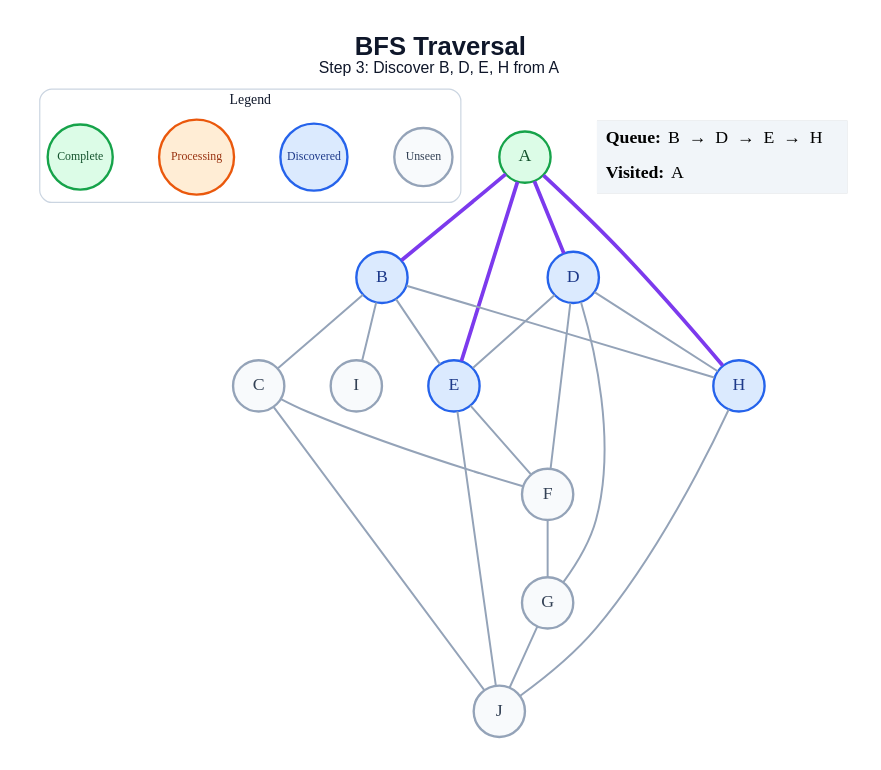
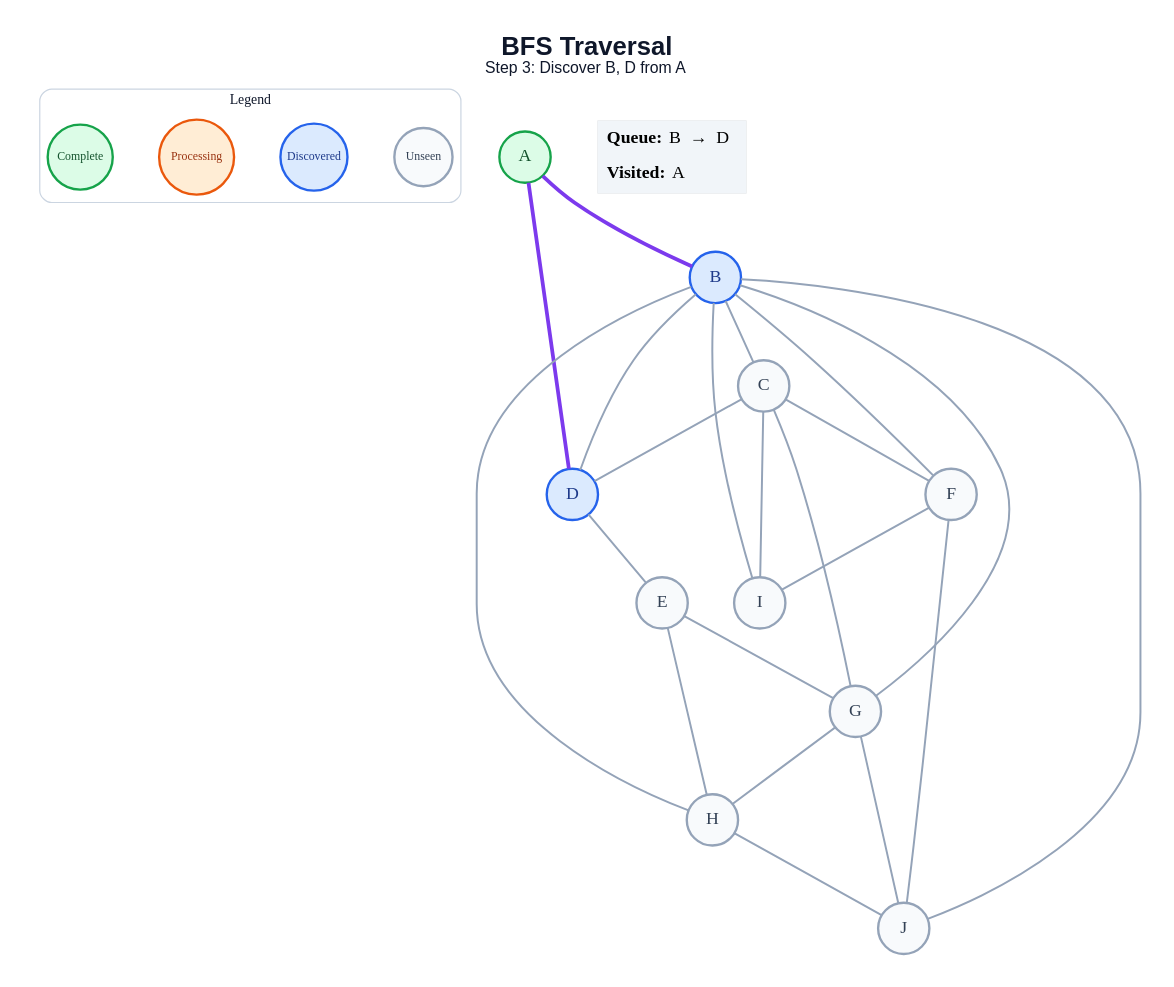
One commit to amanghodawala9/ai-slop changed the diagram in generated/bfs/step_03.dot. Above: the diagram before and after it, drawn with Graphviz. The commit also changed 178 other files, not shown here.

```diff
--- a/generated/bfs/step_03.dot
+++ b/generated/bfs/step_03.dot
@@ -1,48 +1,50 @@
 graph traversal {
   graph [layout=dot, rankdir=TB, bgcolor="#FFFFFF", pad="0.35", nodesep="0.65", ranksep="0.8", fontname="Arial"];
   node [shape=circle, style="filled", fontname="Arial Bold", fontsize=18, width=0.72, fixedsize=true, penwidth=2.4];
   edge [color="#94A3B8", penwidth=2.0];
-  label=<<B>BFS Traversal</B><BR/><FONT POINT-SIZE="16">Step 3: Discover B, D, E, H from A</FONT>>; labelloc="t"; fontsize=26; fontname="Arial"; fontcolor="#0F172A";
+  label=<<B>BFS Traversal</B><BR/><FONT POINT-SIZE="16">Step 3: Discover B, D from A</FONT>>; labelloc="t"; fontsize=26; fontname="Arial"; fontcolor="#0F172A";
   subgraph cluster_legend { label="Legend"; color="#CBD5E1"; penwidth=1.2; style="rounded"; fontsize=14; fontname="Arial Bold";
     key_unseen [label="Unseen", fillcolor="#F8FAFC", color="#94A3B8", fontcolor="#334155", fontsize=12, width=0.82];
     key_frontier [label="Discovered", fillcolor="#DBEAFE", color="#2563EB", fontcolor="#1E3A8A", fontsize=12, width=0.95];
     key_current [label="Processing", fillcolor="#FFEDD5", color="#EA580C", fontcolor="#9A3412", fontsize=12, width=1.05];
     key_done [label="Complete", fillcolor="#DCFCE7", color="#16A34A", fontcolor="#14532D", fontsize=12, width=0.92];
     { rank=same; key_unseen; key_frontier; key_current; key_done; }
   }
   A [fillcolor="#DCFCE7", color="#16A34A", fontcolor="#14532D"];
   B [fillcolor="#DBEAFE", color="#2563EB", fontcolor="#1E3A8A"];
   C [fillcolor="#F8FAFC", color="#94A3B8", fontcolor="#334155"];
   D [fillcolor="#DBEAFE", color="#2563EB", fontcolor="#1E3A8A"];
-  E [fillcolor="#DBEAFE", color="#2563EB", fontcolor="#1E3A8A"];
+  E [fillcolor="#F8FAFC", color="#94A3B8", fontcolor="#334155"];
   F [fillcolor="#F8FAFC", color="#94A3B8", fontcolor="#334155"];
   G [fillcolor="#F8FAFC", color="#94A3B8", fontcolor="#334155"];
-  H [fillcolor="#DBEAFE", color="#2563EB", fontcolor="#1E3A8A"];
+  H [fillcolor="#F8FAFC", color="#94A3B8", fontcolor="#334155"];
   I [fillcolor="#F8FAFC", color="#94A3B8", fontcolor="#334155"];
   J [fillcolor="#F8FAFC", color="#94A3B8", fontcolor="#334155"];
   A -- B [color="#7C3AED", penwidth=3.8];
   A -- D [color="#7C3AED", penwidth=3.8];
-  A -- E [color="#7C3AED", penwidth=3.8];
-  A -- H [color="#7C3AED", penwidth=3.8];
   B -- C;
-  B -- E;
+  B -- D;
+  B -- F;
+  B -- G;
   B -- H;
   B -- I;
+  B -- J;
+  C -- D;
   C -- F;
-  C -- J;
+  C -- G;
+  C -- I;
   D -- E;
-  D -- F;
-  D -- G;
-  D -- H;
-  E -- F;
-  E -- J;
-  F -- G;
+  E -- G;
+  E -- H;
+  F -- I;
+  F -- J;
+  G -- H;
   G -- J;
   H -- J;
   status [shape=plain, fixedsize=false, width=0, height=0, margin=0, label=<
     <TABLE BORDER="0" CELLBORDER="0" CELLPADDING="7" BGCOLOR="#F1F5F9">
-      <TR><TD ALIGN="LEFT"><B>Queue:</B> B  →  D  →  E  →  H</TD></TR>
+      <TR><TD ALIGN="LEFT"><B>Queue:</B> B  →  D</TD></TR>
       <TR><TD ALIGN="LEFT"><B>Visited:</B> A</TD></TR>
     </TABLE>
   >];
 }
```
